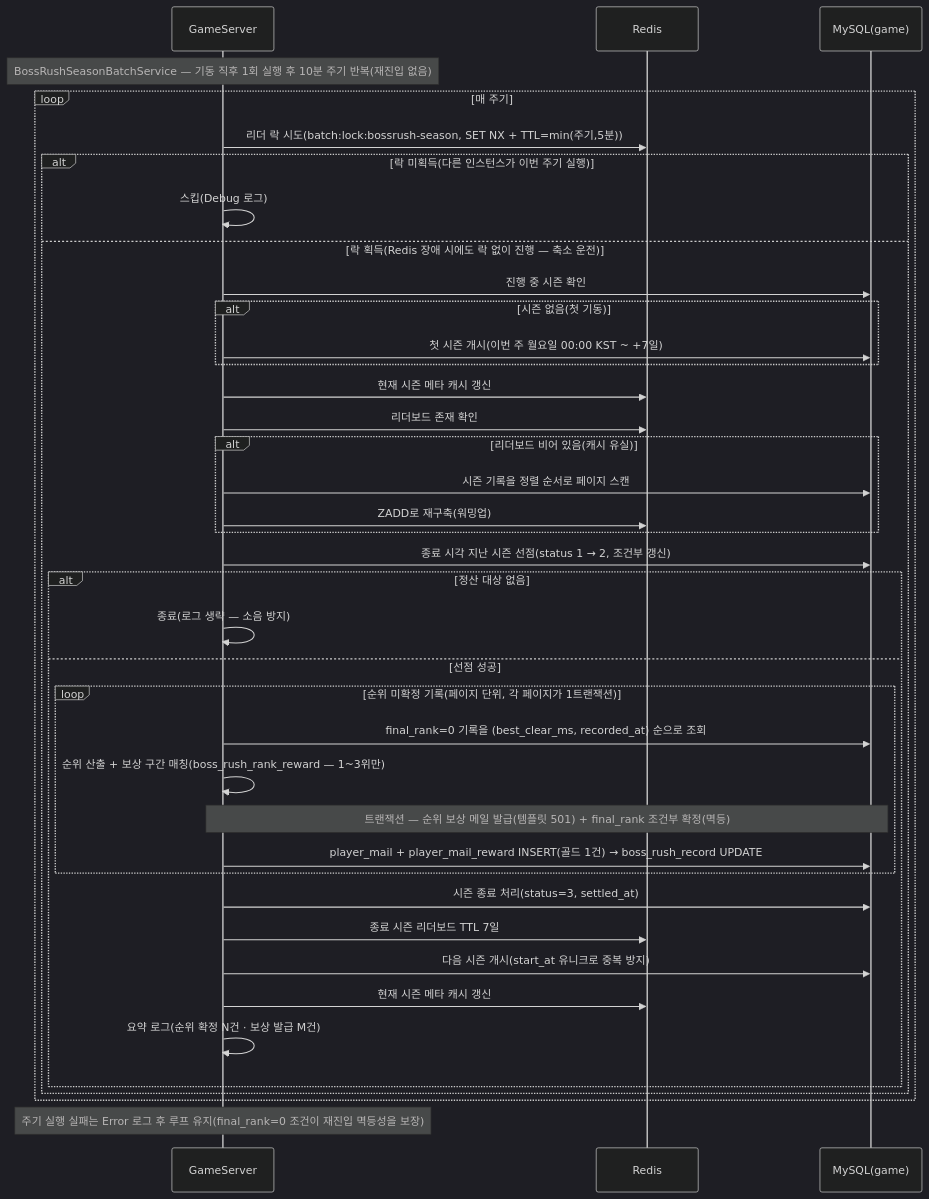
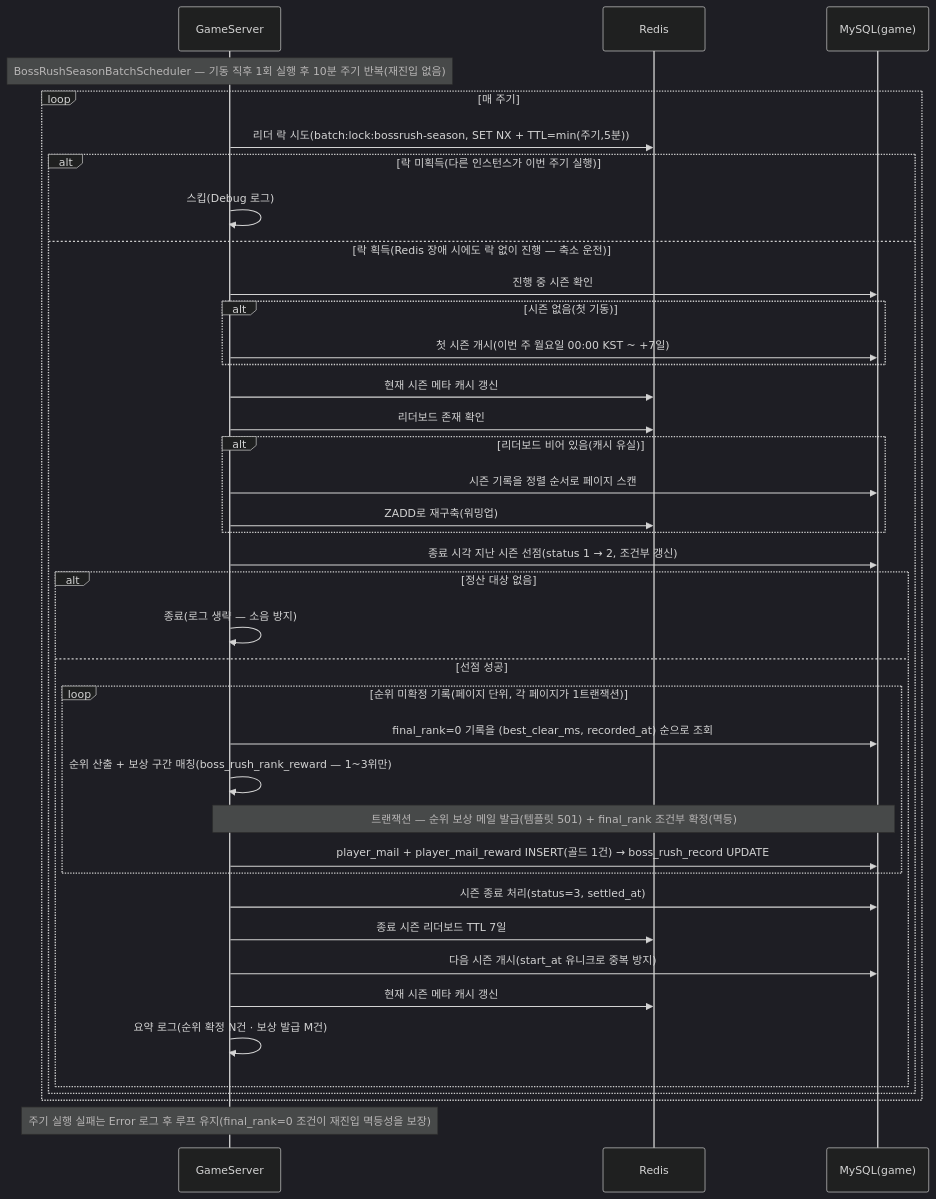
Diagram 47 of 47 in SequenceDiagram/README.md (ks-wook/com2us-taskbar-hero), drawn with Mermaid (dark theme) before and after one commit. The commit also changed other lines of this file and 2 other files, not shown here.

````diff
--- a/SequenceDiagram/README.md
+++ b/SequenceDiagram/README.md
@@ -1502,42 +1538,42 @@
 ```mermaid
 sequenceDiagram
     participant S as GameServer
     participant R as Redis
     participant DB as MySQL(game)
 
-    Note over S: BossRushSeasonBatchService — 기동 직후 1회 실행 후 10분 주기 반복(재진입 없음)
+    Note over S: BossRushSeasonBatchScheduler — 기동 직후 1회 실행 후 10분 주기 반복(재진입 없음)
     loop 매 주기
         S->>R: 리더 락 시도(batch:lock:bossrush-season, SET NX + TTL=min(주기,5분))
         alt 락 미획득(다른 인스턴스가 이번 주기 실행)
             S->>S: 스킵(Debug 로그)
         else 락 획득(Redis 장애 시에도 락 없이 진행 — 축소 운전)
             S->>DB: 진행 중 시즌 확인
             alt 시즌 없음(첫 기동)
                 S->>DB: 첫 시즌 개시(이번 주 월요일 00:00 KST ~ +7일)
             end
             S->>R: 현재 시즌 메타 캐시 갱신
             S->>R: 리더보드 존재 확인
             alt 리더보드 비어 있음(캐시 유실)
                 S->>DB: 시즌 기록을 정렬 순서로 페이지 스캔
                 S->>R: ZADD로 재구축(워밍업)
             end
             S->>DB: 종료 시각 지난 시즌 선점(status 1 → 2, 조건부 갱신)
             alt 정산 대상 없음
                 S->>S: 종료(로그 생략 — 소음 방지)
             else 선점 성공
                 loop 순위 미확정 기록(페이지 단위, 각 페이지가 1트랜잭션)
                     S->>DB: final_rank=0 기록을 (best_clear_ms, recorded_at) 순으로 조회
                     S->>S: 순위 산출 + 보상 구간 매칭(boss_rush_rank_reward — 1~3위만)
                     Note over S,DB: 트랜잭션 — 순위 보상 메일 발급(템플릿 501) + final_rank 조건부 확정(멱등)
                     S->>DB: player_mail + player_mail_reward INSERT(골드 1건) → boss_rush_record UPDATE
                 end
                 S->>DB: 시즌 종료 처리(status=3, settled_at)
                 S->>R: 종료 시즌 리더보드 TTL 7일
                 S->>DB: 다음 시즌 개시(start_at 유니크로 중복 방지)
                 S->>R: 현재 시즌 메타 캐시 갱신
                 S->>S: 요약 로그(순위 확정 N건 · 보상 발급 M건)
             end
         end
     end
     Note over S: 주기 실행 실패는 Error 로그 후 루프 유지(final_rank=0 조건이 재진입 멱등성을 보장)
 ```
````
